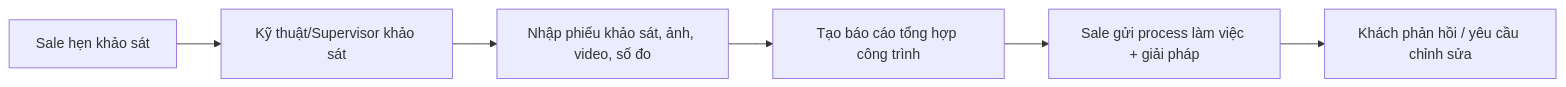
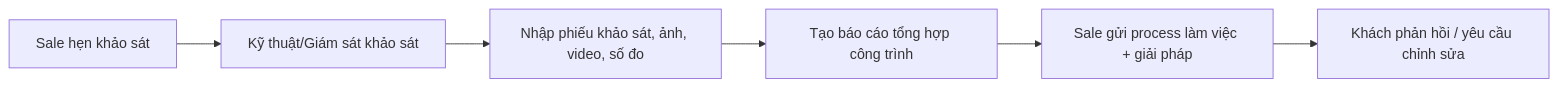
The second of 7 diagrams in documents/BA-V4/03-UI-UX-Design/Sale/User_Flows_Sale_v4.md (dungnt118/sira-thi-cong), drawn with Mermaid before and after one commit. The commit also changed other lines of this file and 56 other files, not shown here.

````diff
--- a/documents/BA-V4/03-UI-UX-Design/Sale/User_Flows_Sale_v4.md
+++ b/documents/BA-V4/03-UI-UX-Design/Sale/User_Flows_Sale_v4.md
@@ -22,8 +22,8 @@
 ```mermaid
 flowchart LR
-    A["Sale hẹn khảo sát"] --> B["Kỹ thuật/Supervisor khảo sát"]
+    A["Sale hẹn khảo sát"] --> B["Kỹ thuật/Giám sát khảo sát"]
     B --> C["Nhập phiếu khảo sát, ảnh, video, số đo"]
     C --> D["Tạo báo cáo tổng hợp công trình"]
     D --> E["Sale gửi process làm việc + giải pháp"]
     E --> F["Khách phản hồi / yêu cầu chỉnh sửa"]
 ```
````
